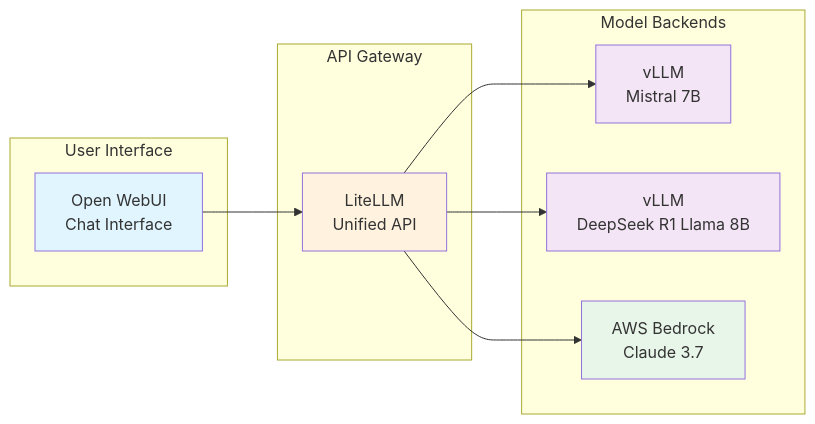
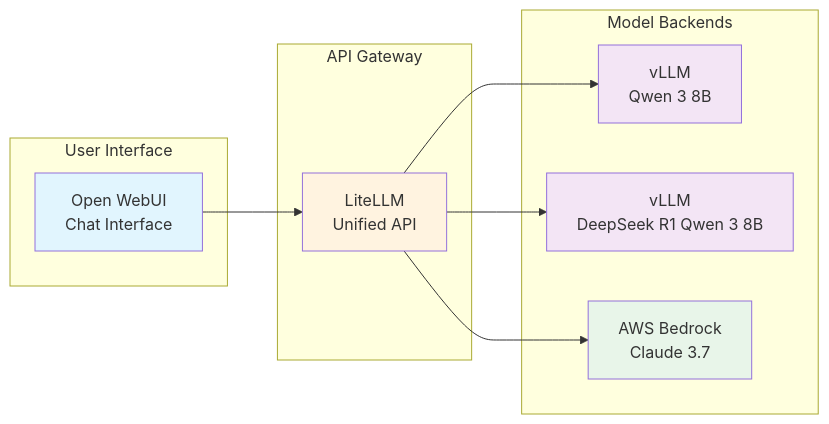
One commit to aws-samples/sample-genai-on-eks-starter-kit changed the diagram in workshops/eks-genai-workshop/content/module1-interacting-with-models/index.en.md. Above: the diagram before and after it, drawn with Mermaid. The commit also changed other lines of this file and 19 other files, not shown here.

````diff
--- a/workshops/eks-genai-workshop/content/module1-interacting-with-models/index.en.md
+++ b/workshops/eks-genai-workshop/content/module1-interacting-with-models/index.en.md
@@ -33,27 +33,27 @@
 ```mermaid
 graph LR
     subgraph "User Interface"
         UI[Open WebUI<br/>Chat Interface]
     end
     
     subgraph "API Gateway"
         LLM[LiteLLM<br/>Unified API]
     end
     
     subgraph "Model Backends"
-        VLLM[vLLM<br/>Mistral 7B]
-        VLLMQ[vLLM<br/>DeepSeek R1 Llama 8B]
+        VLLM[vLLM<br/>Qwen 3 8B]
+        VLLMQ[vLLM<br/>DeepSeek R1 Qwen 3 8B]
         BEDROCK[AWS Bedrock<br/>Claude 3.7]
     end
     
     UI --> LLM
     LLM --> VLLM
     LLM --> VLLMQ
     LLM --> BEDROCK
     
     style UI fill:#e1f5fe
     style LLM fill:#fff3e0
     style VLLM fill:#f3e5f5
     style VLLMQ fill:#f3e5f5
     style BEDROCK fill:#e8f5e9
 ```
````
